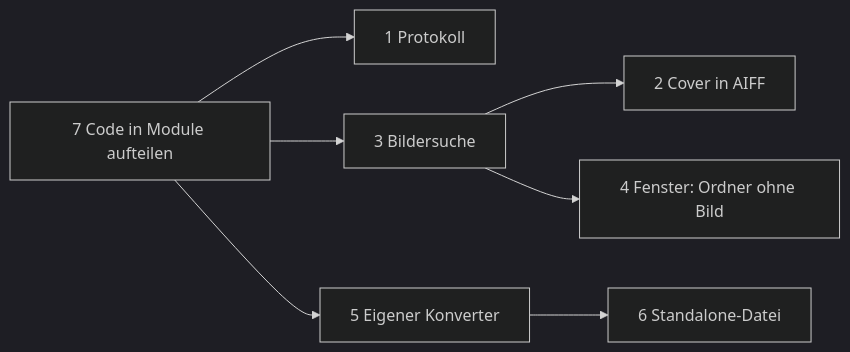
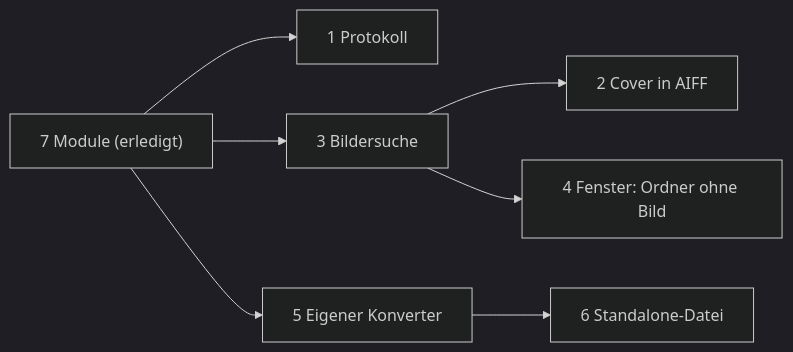
One commit to Senci/audio-konverter changed the diagram in wiki/offen.md. Above: the diagram before and after it, drawn with Mermaid (dark theme). The commit also changed other lines of this file and 13 other files, not shown here.

````diff
--- a/wiki/offen.md
+++ b/wiki/offen.md
@@ -3,9 +3,9 @@
 ```mermaid
 flowchart LR
-    M["7 Code in Module aufteilen"] --> P["1 Protokoll"]
+    M["7 Module (erledigt)"] --> P["1 Protokoll"]
     M --> B["3 Bildersuche"]
     M --> K["5 Eigener Konverter"]
     B --> C["2 Cover in AIFF"]
     B --> N["4 Fenster: Ordner ohne Bild"]
     K --> S["6 Standalone-Datei"]
 ```
````
